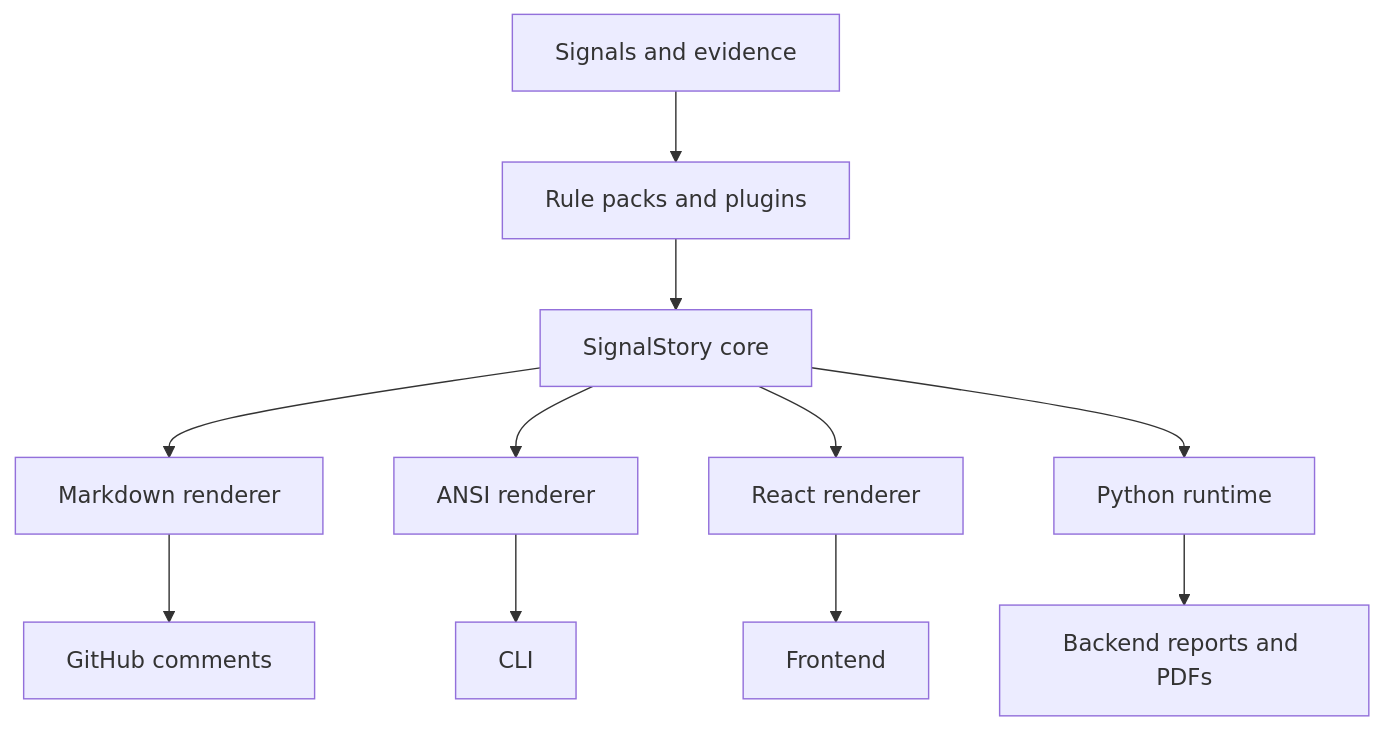
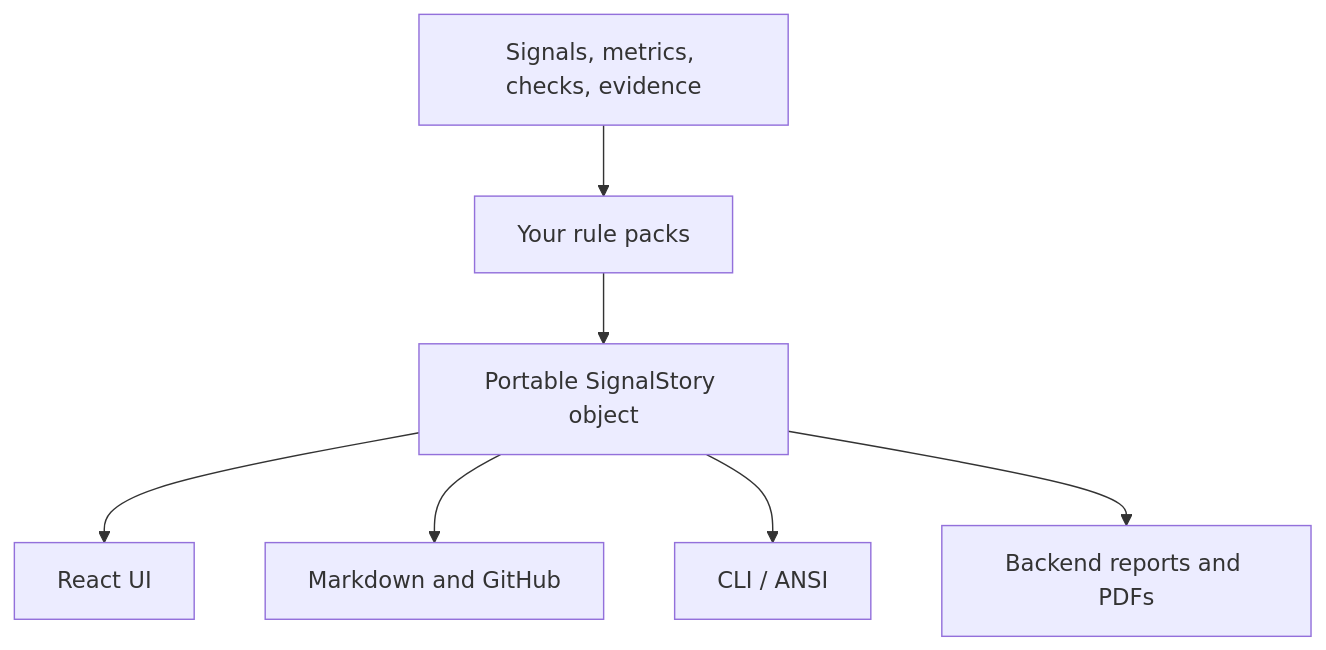
Before and after one commit to ganakailabs/signalstory: the diagram in README.md, drawn with Mermaid. The commit also changed other lines of this file and 5 other files, not shown here.

````diff
--- a/README.md
+++ b/README.md
@@ -213,15 +31,16 @@
 ```mermaid
 flowchart TD
-  Signals["Signals and evidence"]
-  RulePacks["Rule packs and plugins"]
-  Core["SignalStory core"]
-  Signals --> RulePacks --> Core
-  Core --> Markdown["Markdown renderer"]
-  Core --> Ansi["ANSI renderer"]
-  Core --> React["React renderer"]
-  Core --> Python["Python runtime"]
-  Markdown --> Github["GitHub comments"]
-  Ansi --> Cli["CLI"]
-  React --> Web["Frontend"]
-  Python --> Reports["Backend reports and PDFs"]
+  Signals["Signals, metrics, checks, evidence"]
+  Rules["Your rule packs"]
+  Story["Portable SignalStory object"]
+  Web["React UI"]
+  Markdown["Markdown and GitHub"]
+  Cli["CLI / ANSI"]
+  Backend["Backend reports and PDFs"]
+
+  Signals --> Rules --> Story
+  Story --> Web
+  Story --> Markdown
+  Story --> Cli
+  Story --> Backend
 ```
````
